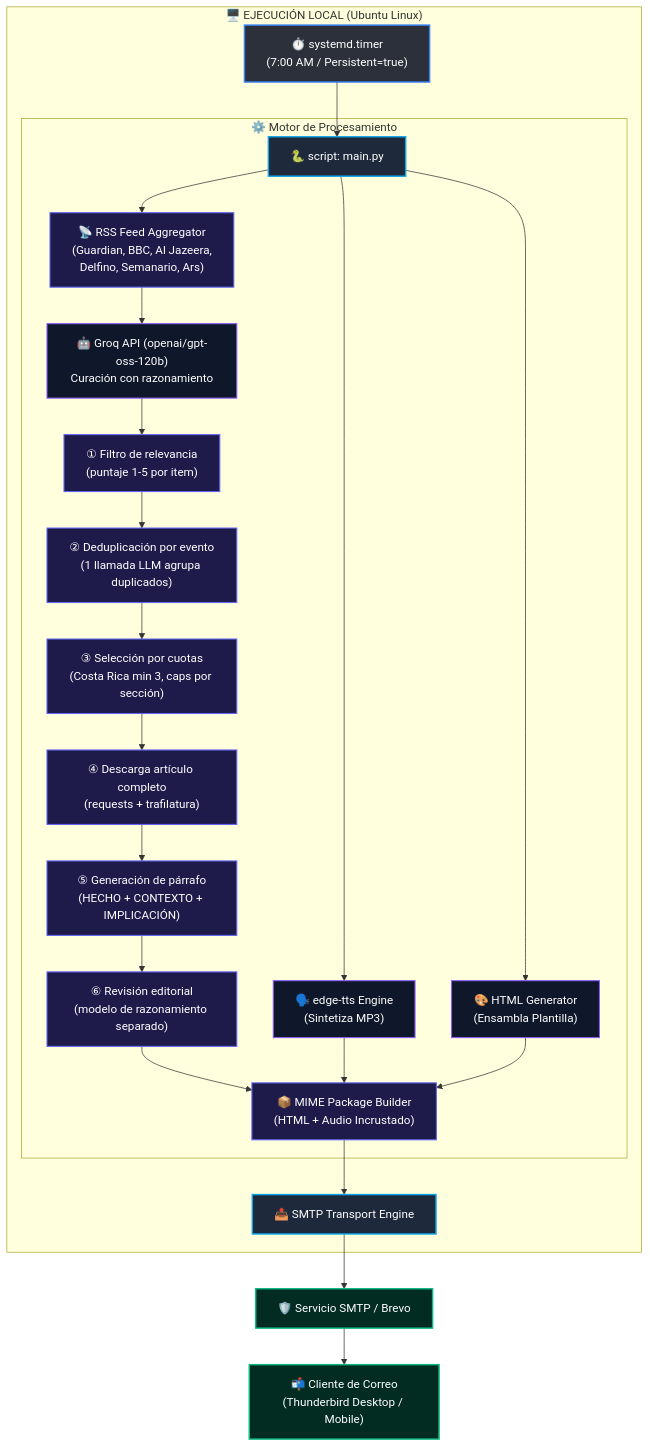
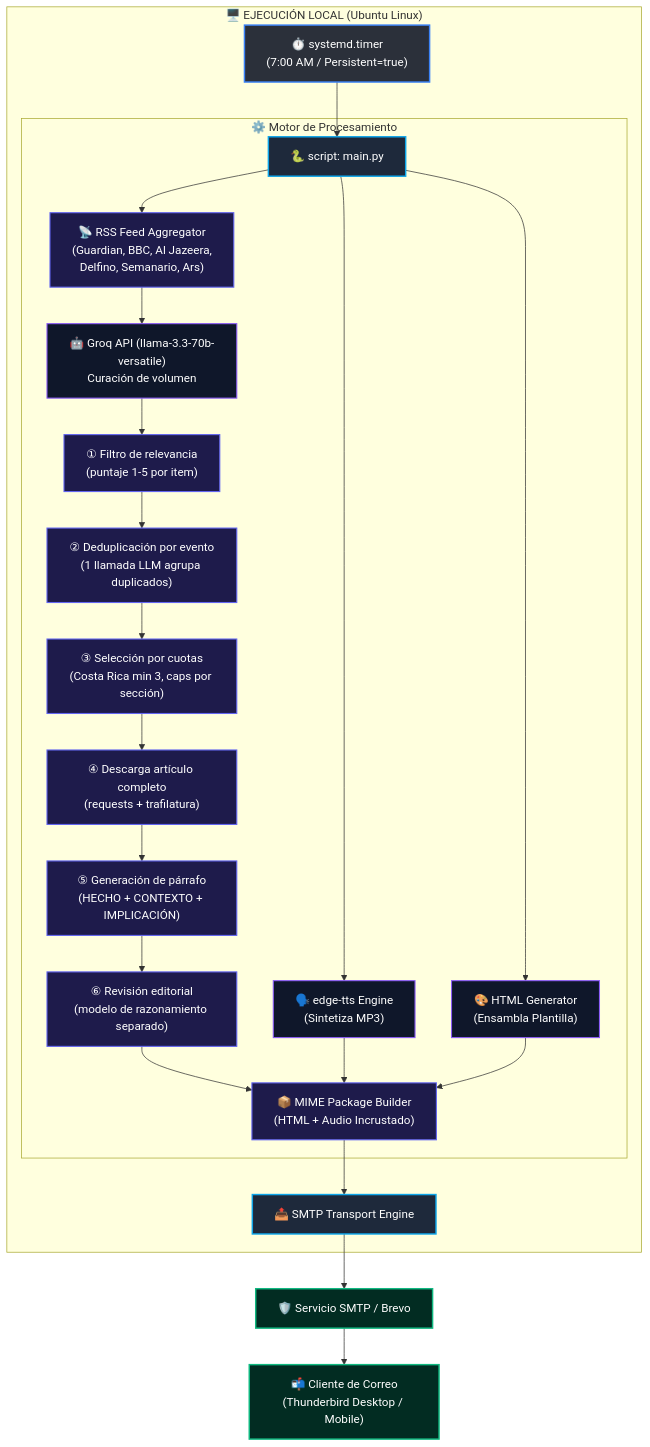
One commit to rodneyara-live/digest13 changed the diagram in BLUEPRINT.md. Above: the diagram before and after it, drawn with Mermaid. The commit also changed other lines of this file and 7 other files, not shown here.

````diff
--- a/BLUEPRINT.md
+++ b/BLUEPRINT.md
@@ -11,35 +11,35 @@
 ```mermaid
 flowchart TD
     %% Estilos de Nodos
     classDef systemd fill:#2b303a,stroke:#3b82f6,stroke-width:2px,color:#fff
     classDef script fill:#1e293b,stroke:#0ea5e9,stroke-width:2px,color:#fff
     classDef api fill:#0f172a,stroke:#8b5cf6,stroke-width:1.5px,color:#fff
     classDef process fill:#1e1b4b,stroke:#6366f1,stroke-width:1.5px,color:#fff
     classDef client fill:#022c22,stroke:#10b981,stroke-width:2px,color:#fff
 
     subgraph OS ["🖥️ EJECUCIÓN LOCAL (Ubuntu Linux)"]
         A["⏱️ systemd.timer<br/>(7:00 AM / Persistent=true)"]:::systemd --> B["🐍 script: main.py"]:::script
 
         subgraph Pipeline ["⚙️ Motor de Procesamiento"]
             B --> C["📡 RSS Feed Aggregator<br/>(Guardian, BBC, Al Jazeera,<br/>Delfino, Semanario, Ars)"]:::process
-            C --> D["🤖 Groq API (openai/gpt-oss-120b)<br/>Curación con razonamiento"]:::api
+            C --> D["🤖 Groq API (llama-3.3-70b-versatile)<br/>Curación de volumen"]:::api
             D --> D1["① Filtro de relevancia<br/>(puntaje 1-5 por item)"]:::process
             D1 --> D1a["② Deduplicación por evento<br/>(1 llamada LLM agrupa duplicados)"]:::process
             D1a --> D2["③ Selección por cuotas<br/>(Costa Rica min 3, caps por sección)"]:::process
             D2 --> D3["④ Descarga artículo completo<br/>(requests + trafilatura)"]:::process
             D3 --> D4["⑤ Generación de párrafo<br/>(HECHO + CONTEXTO + IMPLICACIÓN)"]:::process
             D4 --> D5["⑥ Revisión editorial<br/>(modelo de razonamiento separado)"]:::process
             B --> E["🗣️ edge-tts Engine<br/>(Sintetiza MP3)"]:::api
             B --> F["🎨 HTML Generator<br/>(Ensambla Plantilla)"]:::api
 
             D5 --> G["📦 MIME Package Builder<br/>(HTML + Audio Incrustado)"]:::process
             E --> G
             F --> G
         end
 
         G --> H["📤 SMTP Transport Engine"]:::script
     end
 
     H --> I["🛡️ Servicio SMTP / Brevo"]:::client
     I --> J["📬 Cliente de Correo<br/>(Thunderbird Desktop / Mobile)"]:::client
 ```
````
